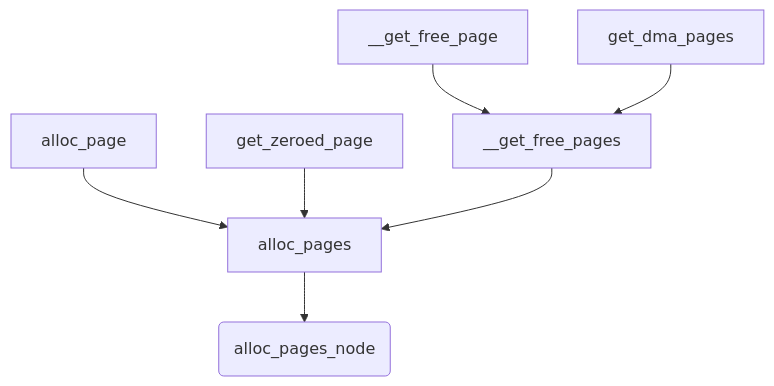
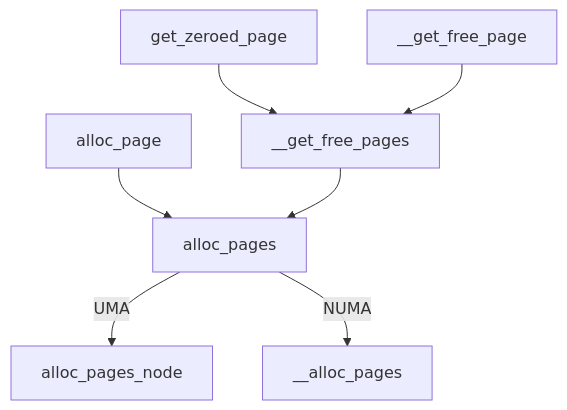
Before and after one commit to liushupeng/LinuxKernel: the third of 4 diagrams in docs/08-内存管理.md, drawn with Mermaid. The commit also changed other lines of this file, not shown here.

````diff
--- a/docs/08-内存管理.md
+++ b/docs/08-内存管理.md
@@ -227,9 +248,9 @@
 ```mermaid
 graph TD
-    A[alloc_page] --> F(alloc_pages)
-    B[get_zeroed_page] --> F(alloc_pages)
-    C[__get_free_page] --> E(__get_free_pages)
-    D[get_dma_pages] --> E(__get_free_pages)
-    E[__get_free_pages] --> F(alloc_pages)
-    F[alloc_pages] --> G(alloc_pages_node)
+    A[alloc_page] --> E[alloc_pages]
+    B[get_zeroed_page] --> D[__get_free_pages]
+    C[__get_free_page] --> D[__get_free_pages]
+    D[__get_free_pages] --> E[alloc_pages]
+    E[alloc_pages] --UMA--> F[alloc_pages_node]
+    E[alloc_pages] --NUMA--> G[__alloc_pages]
 ```
````
